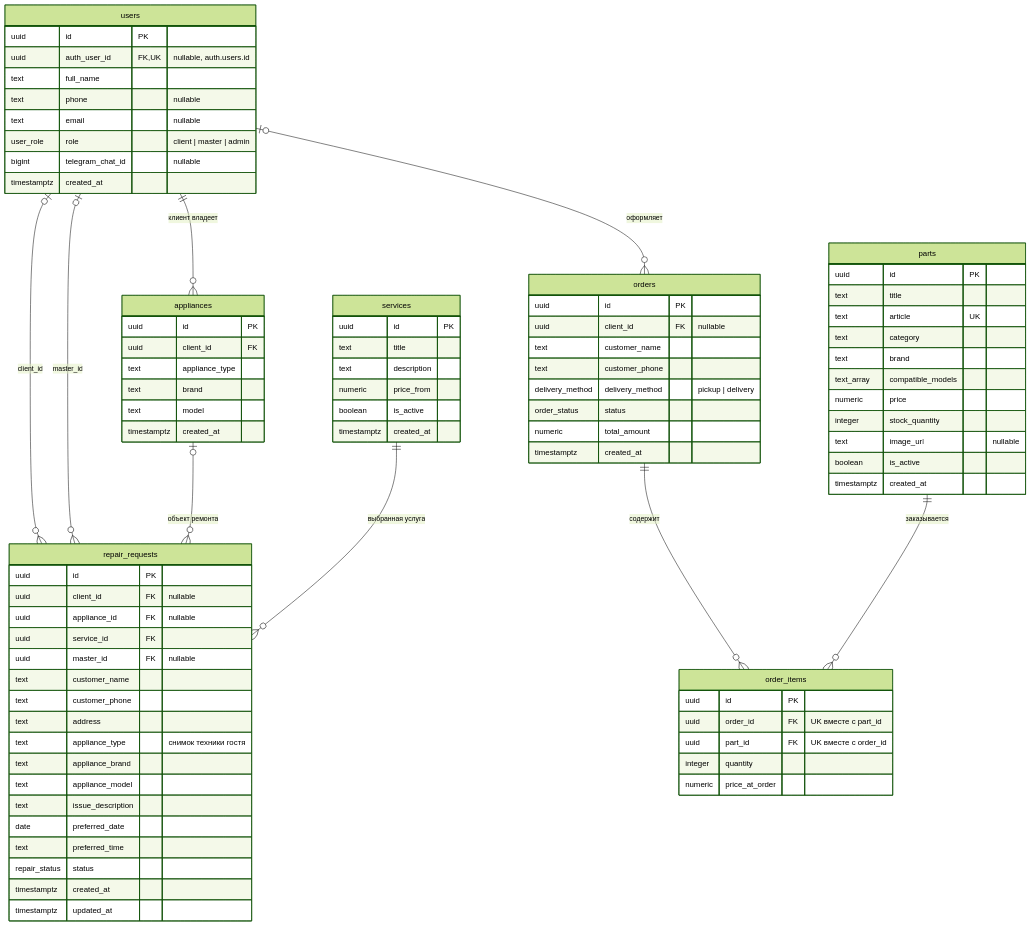
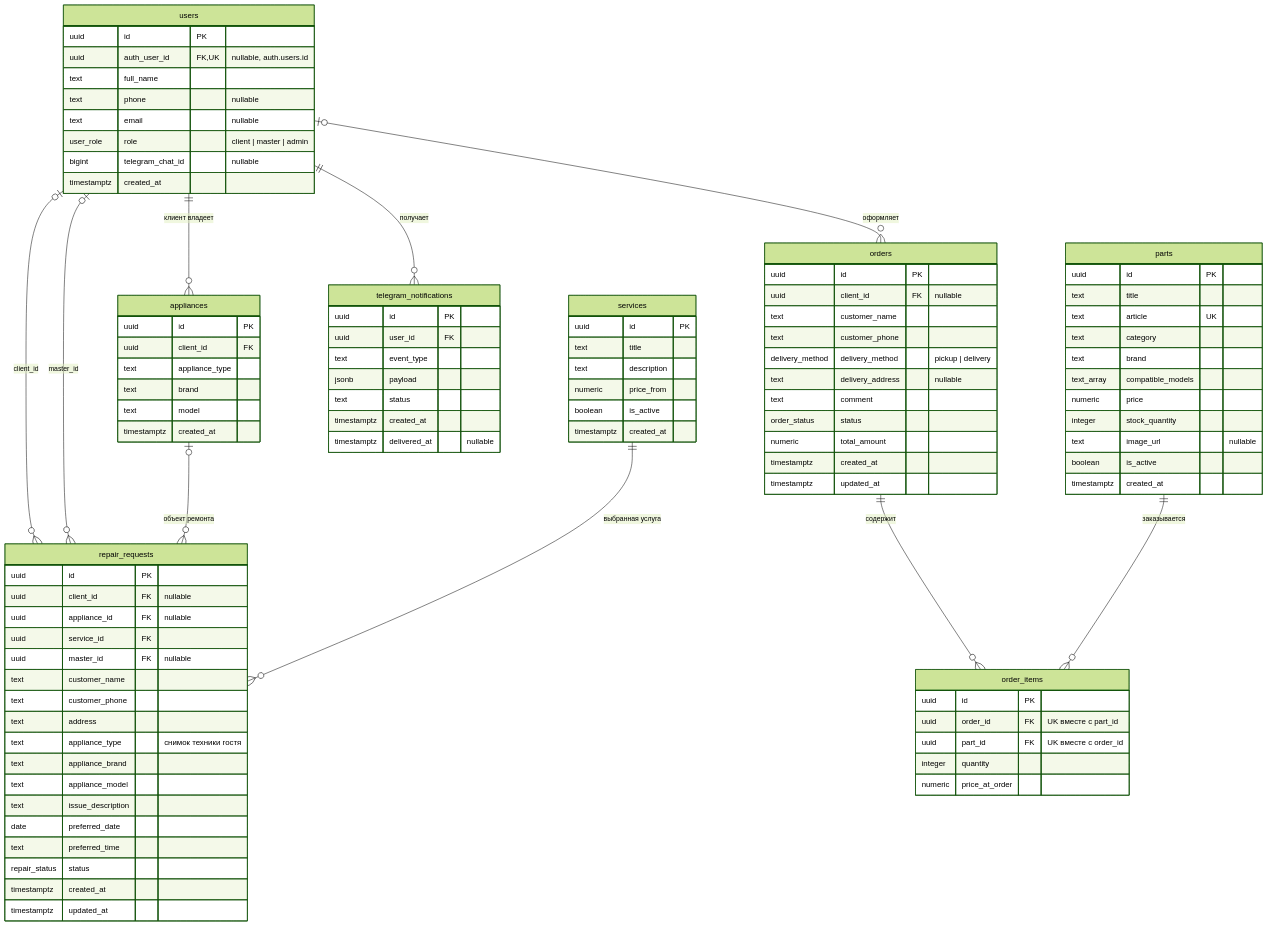
The diagram in docs/er-diagram.md (your0kk/technomaster), drawn with Mermaid (forest theme) before and after one commit. The commit also changed other lines of this file and 34 other files, not shown here.

````diff
--- a/docs/er-diagram.md
+++ b/docs/er-diagram.md
@@ -10,6 +10,7 @@
     appliances o|--o{ repair_requests : "объект ремонта"
     services ||--o{ repair_requests : "выбранная услуга"
     users o|--o{ orders : "оформляет"
+    users ||--o{ telegram_notifications : "получает"
     orders ||--o{ order_items : "содержит"
     parts ||--o{ order_items : "заказывается"
     users {
@@ -76,9 +77,12 @@
         text customer_name
         text customer_phone
         delivery_method delivery_method "pickup | delivery"
+        text delivery_address "nullable"
+        text comment
         order_status status
         numeric total_amount
         timestamptz created_at
+        timestamptz updated_at
     }
     order_items {
         uuid id PK
@@ -87,4 +91,13 @@
         integer quantity
         numeric price_at_order
     }
+    telegram_notifications {
+        uuid id PK
+        uuid user_id FK
+        text event_type
+        jsonb payload
+        text status
+        timestamptz created_at
+        timestamptz delivered_at "nullable"
+    }
 ```
````
